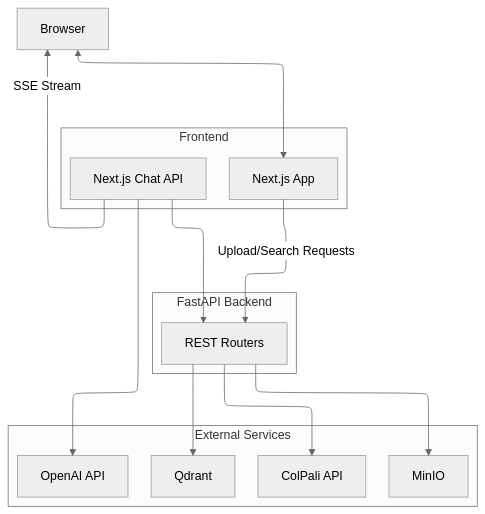
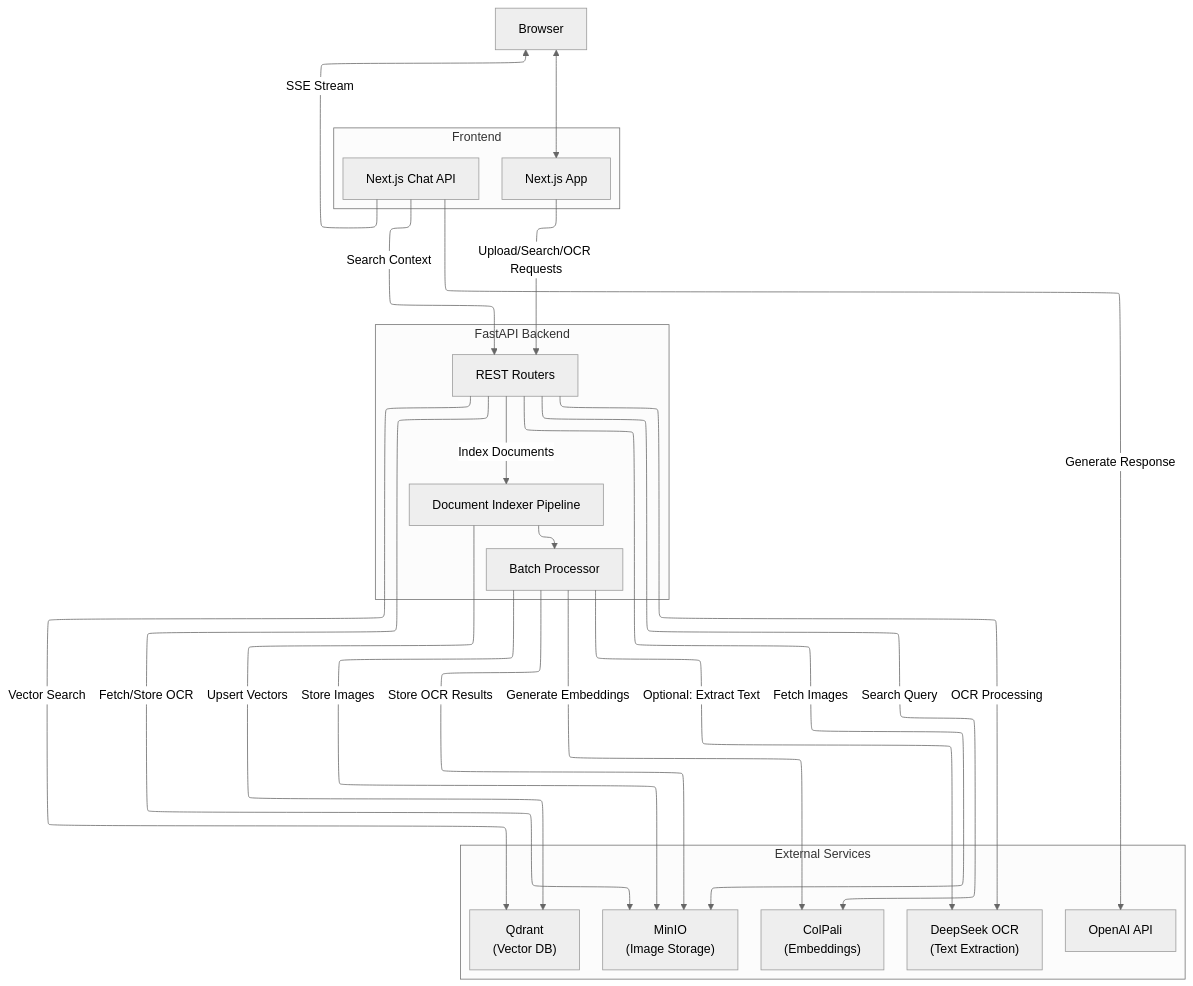
The diagram in backend/docs/architecture.md (athrael-soju/Snappy), drawn with Mermaid before and after one commit. The commit also changed 1 other file, not shown here.

Commit message:
feat: enhance architecture documentation with DeepSeek OCR integration and update request flows

````diff
--- a/backend/docs/architecture.md
+++ b/backend/docs/architecture.md
@@ -5,32 +5,52 @@
 ```mermaid
 ---
 config:
   theme: neutral
   layout: elk
 ---
 flowchart TB
   subgraph Frontend["Frontend"]
     NEXT["Next.js App"]
     CHAT["Next.js Chat API"]
   end
 
   subgraph Backend["FastAPI Backend"]
     API["REST Routers"]
+    PIPELINE["Document Indexer Pipeline"]
+    BATCH["Batch Processor"]
   end
 
   subgraph Services["External Services"]
-    QDRANT["Qdrant"]
-    MINIO["MinIO"]
-    COLPALI["ColPali API"]
+    QDRANT["Qdrant<br/>(Vector DB)"]
+    MINIO["MinIO<br/>(Image Storage)"]
+    COLPALI["ColPali<br/>(Embeddings)"]
+    DEEPSEEK["DeepSeek OCR<br/>(Text Extraction)"]
     OPENAI["OpenAI API"]
   end
 
   USER["Browser"] <--> NEXT
-  NEXT -- Upload/Search Requests --> API
-  API --> QDRANT
-  API --> MINIO
-  API --> COLPALI
-  CHAT --> API
-  CHAT --> OPENAI
-  CHAT -- SSE Stream --> USER
+  NEXT -- "Upload/Search/OCR Requests" --> API
+  
+  %% Indexing flow
+  API -- "Index Documents" --> PIPELINE
+  PIPELINE --> BATCH
+  BATCH -- "Generate Embeddings" --> COLPALI
+  BATCH -- "Store Images" --> MINIO
+  BATCH -- "Optional: Extract Text" --> DEEPSEEK
+  BATCH -- "Store OCR Results" --> MINIO
+  PIPELINE -- "Upsert Vectors" --> QDRANT
+  
+  %% Search flow
+  API -- "Search Query" --> COLPALI
+  API -- "Vector Search" --> QDRANT
+  API -- "Fetch Images" --> MINIO
+  
+  %% OCR flow
+  API -- "OCR Processing" --> DEEPSEEK
+  API -- "Fetch/Store OCR" --> MINIO
+  
+  %% Chat flow
+  CHAT -- "Search Context" --> API
+  CHAT -- "Generate Response" --> OPENAI
+  CHAT -- "SSE Stream" --> USER
 ```
````
